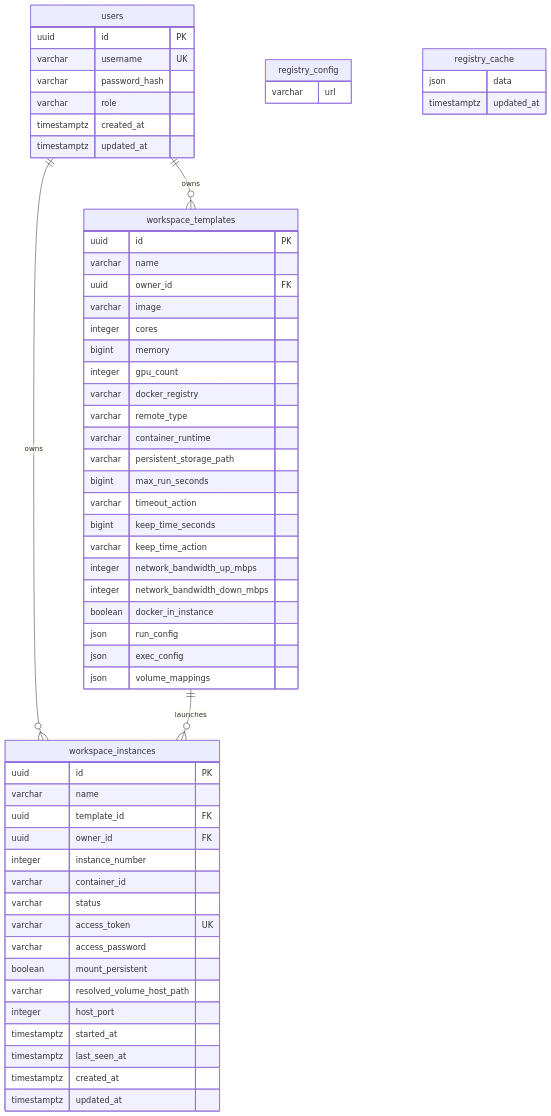
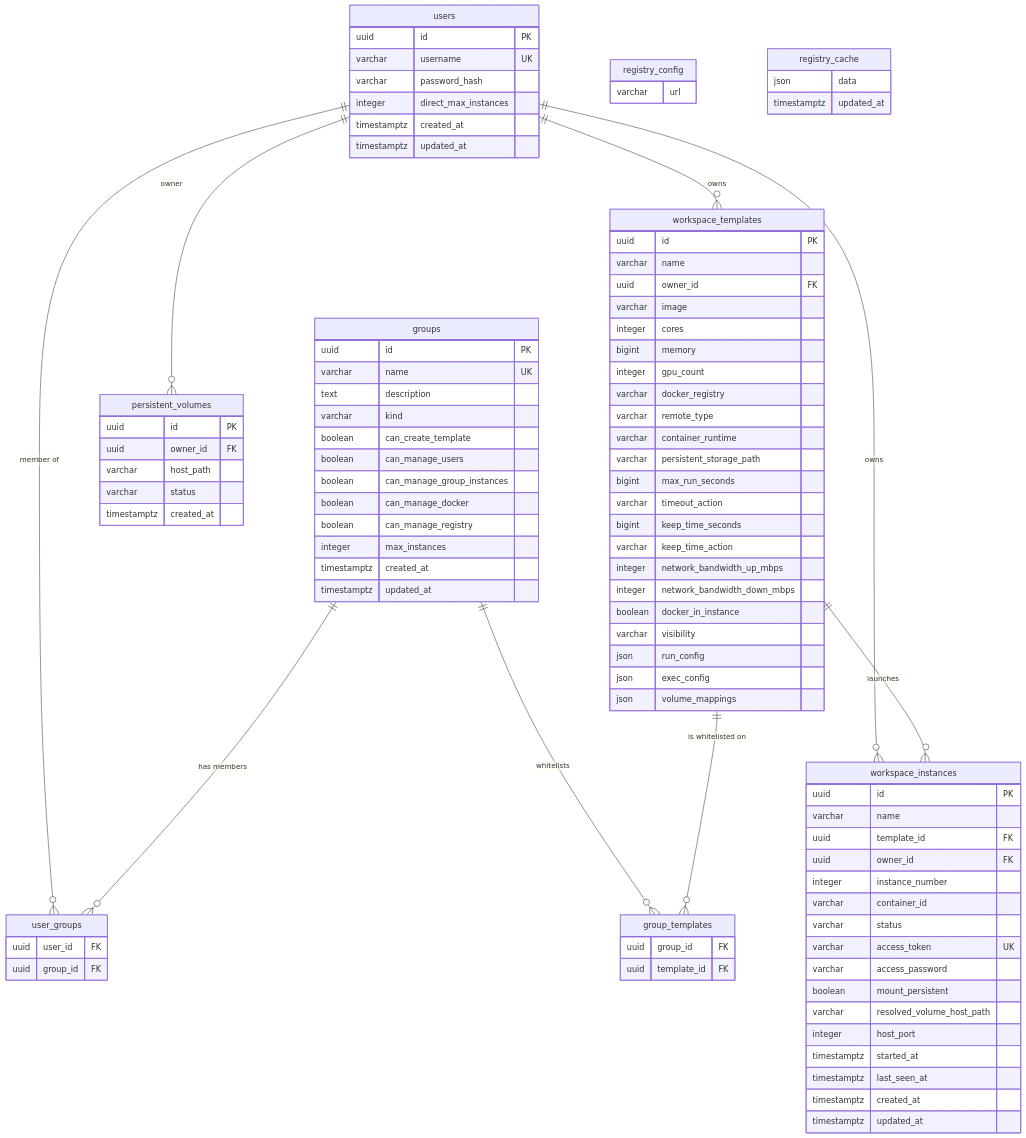
One commit to TsukiSama9292/OpenWorkspace-Engine changed the seventh of 7 diagrams in docs/architecture.md. Above: the diagram before and after it, drawn with Mermaid. The commit also changed other lines of this file and 5 other files, not shown here.

````diff
--- a/docs/architecture.md
+++ b/docs/architecture.md
@@ -366,9 +368,42 @@
         uuid id PK
         varchar username UK
         varchar password_hash
-        varchar role
+        integer direct_max_instances
         timestamptz created_at
         timestamptz updated_at
+    }
+
+    groups {
+        uuid id PK
+        varchar name UK
+        text description
+        varchar kind
+        boolean can_create_template
+        boolean can_manage_users
+        boolean can_manage_group_instances
+        boolean can_manage_docker
+        boolean can_manage_registry
+        integer max_instances
+        timestamptz created_at
+        timestamptz updated_at
+    }
+
+    user_groups {
+        uuid user_id FK
+        uuid group_id FK
+    }
+
+    group_templates {
+        uuid group_id FK
+        uuid template_id FK
+    }
+
+    persistent_volumes {
+        uuid id PK
+        uuid owner_id FK
+        varchar host_path
+        varchar status
+        timestamptz created_at
     }
 
     workspace_templates {
@@ -390,6 +425,7 @@
         integer network_bandwidth_up_mbps
         integer network_bandwidth_down_mbps
         boolean docker_in_instance
+        varchar visibility
         json run_config
         json exec_config
         json volume_mappings
@@ -423,7 +459,12 @@
         timestamptz updated_at
     }
 
+    users ||--o{ user_groups : "member of"
+    groups ||--o{ user_groups : "has members"
+    groups ||--o{ group_templates : "whitelists"
+    workspace_templates ||--o{ group_templates : "is whitelisted on"
     users ||--o{ workspace_templates : "owns"
     users ||--o{ workspace_instances : "owns"
     workspace_templates ||--o{ workspace_instances : "launches"
+    users ||--o{ persistent_volumes : "owner"
 ```
````
